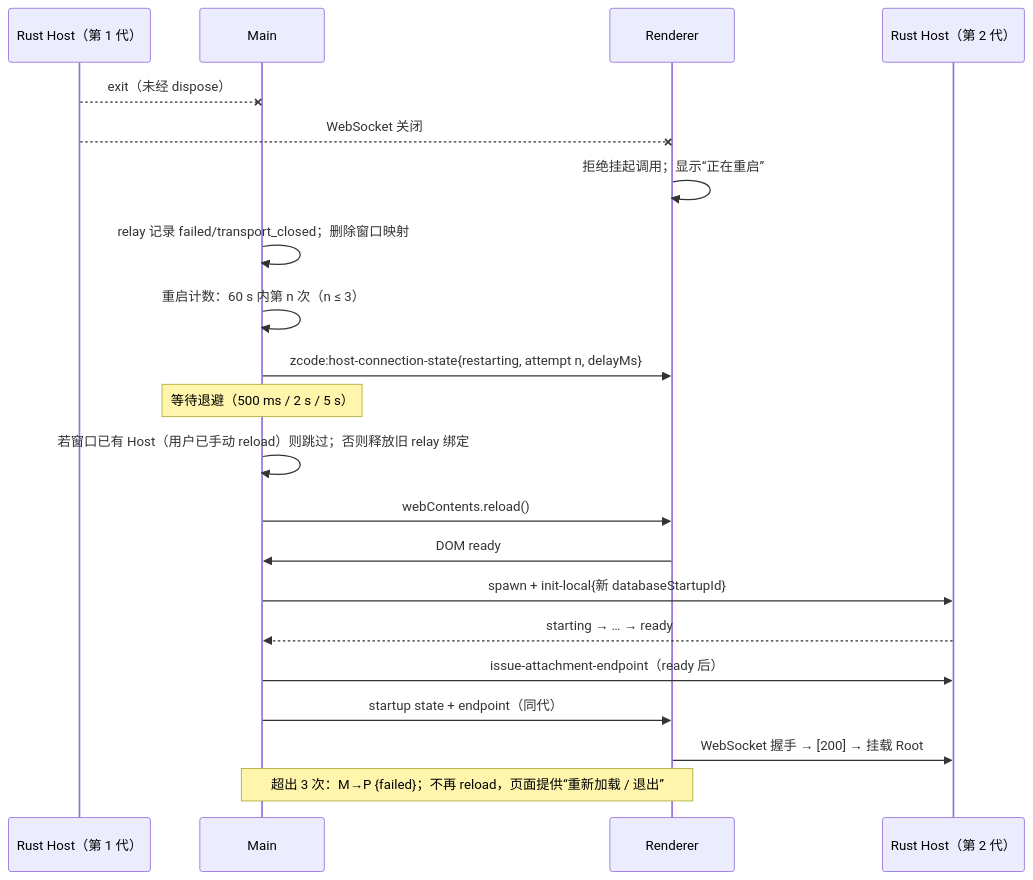
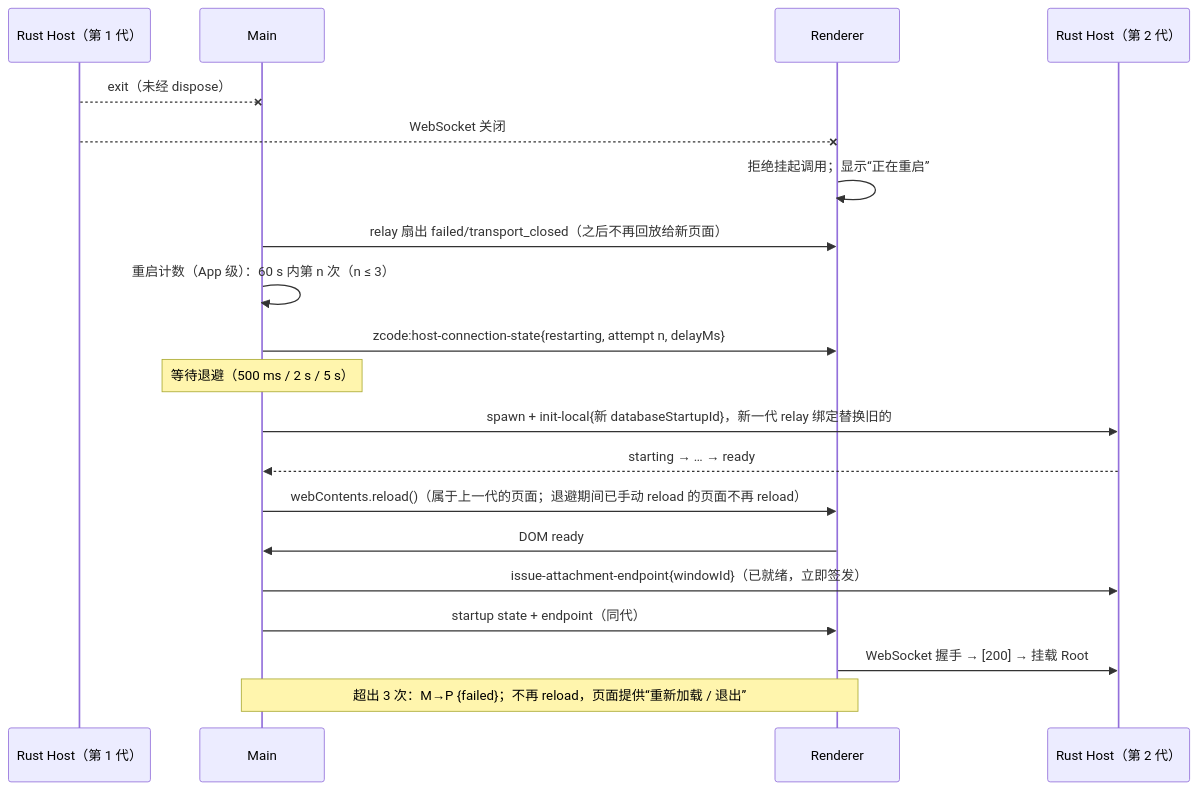
One commit to Madin-H23/ZCode-rs changed the diagram in docs/specs/rust-host-resilience.md. Above: the diagram before and after it, drawn with Mermaid. The commit also changed other lines of this file and 15 other files, not shown here.

First line of the commit message:
fix(desktop): harden the app-level Rust Host owner found in U4 bring-up

````diff
--- a/docs/specs/rust-host-resilience.md
+++ b/docs/specs/rust-host-resilience.md
@@ -76,23 +76,22 @@
 ```mermaid
 sequenceDiagram
     participant H as Rust Host（第 1 代）
     participant M as Main
     participant P as Renderer
     participant H2 as Rust Host（第 2 代）
     H--xM: exit（未经 dispose）
     H--xP: WebSocket 关闭
     P->>P: 拒绝挂起调用；显示“正在重启”
-    M->>M: relay 记录 failed/transport_closed；删除窗口映射
-    M->>M: 重启计数：60 s 内第 n 次（n ≤ 3）
+    M->>P: relay 扇出 failed/transport_closed（之后不再回放给新页面）
+    M->>M: 重启计数（App 级）：60 s 内第 n 次（n ≤ 3）
     M->>P: zcode:host-connection-state{restarting, attempt n, delayMs}
     Note over M: 等待退避（500 ms / 2 s / 5 s）
-    M->>M: 若窗口已有 Host（用户已手动 reload）则跳过；否则释放旧 relay 绑定
-    M->>P: webContents.reload()
+    M->>H2: spawn + init-local{新 databaseStartupId}，新一代 relay 绑定替换旧的
+    H2-->>M: starting → … → ready
+    M->>P: webContents.reload()（属于上一代的页面；退避期间已手动 reload 的页面不再 reload）
     P->>M: DOM ready
-    M->>H2: spawn + init-local{新 databaseStartupId}
-    H2-->>M: starting → … → ready
-    M->>H2: issue-attachment-endpoint（ready 后）
+    M->>H2: issue-attachment-endpoint{windowId}（已就绪，立即签发）
     M->>P: startup state + endpoint（同代）
     P->>H2: WebSocket 握手 → [200] → 挂载 Root
     Note over M,P: 超出 3 次：M→P {failed}；不再 reload，页面提供“重新加载 / 退出”
 ```
````
